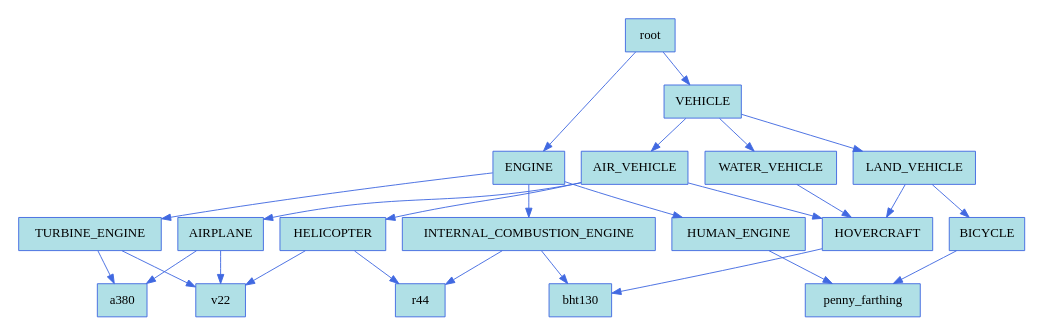
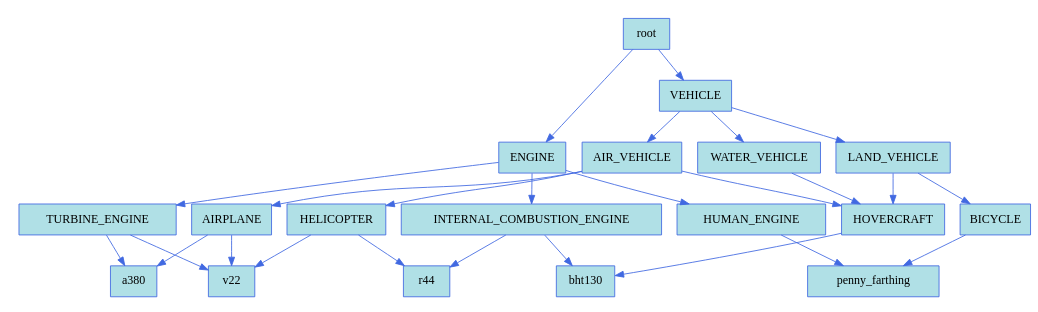
Before and after one commit to metomi/rose: the sixth of 6 diagrams in sphinx/tutorial/cylc/furthertopics/inheritance.rst, drawn with Graphviz. The commit also changed other lines of this file, not shown here.

```diff
--- a/sphinx/tutorial/cylc/furthertopics/inheritance.rst
+++ b/sphinx/tutorial/cylc/furthertopics/inheritance.rst
@@ -521,17 +535,20 @@
    INTERNAL_COMBUSTION_ENGINE  [color=royalblue,
       fillcolor=powderblue,
       shape=box,
-      style=filled];
+      style=filled,
+      margin="0.3,0.055"];
    ENGINE -> INTERNAL_COMBUSTION_ENGINE    [color=royalblue];
    TURBINE_ENGINE  [color=royalblue,
       fillcolor=powderblue,
       shape=box,
-      style=filled];
+      style=filled,
+      margin="0.3,0.055"];
    ENGINE -> TURBINE_ENGINE    [color=royalblue];
    HUMAN_ENGINE    [color=royalblue,
       fillcolor=powderblue,
       shape=box,
-      style=filled];
+      style=filled,
+      margin="0.3,0.055"];
    ENGINE -> HUMAN_ENGINE   [color=royalblue];
    LAND_VEHICLE    [color=royalblue,
       fillcolor=powderblue,
@@ -571,7 +588,8 @@
    penny_farthing  [color=royalblue,
       fillcolor=powderblue,
       shape=box,
-      style=filled];
+      style=filled,
+      margin="0.3,0.055"];
    HUMAN_ENGINE -> penny_farthing    [color=royalblue];
    AIRPLANE  [color=royalblue,
       fillcolor=powderblue,
```
